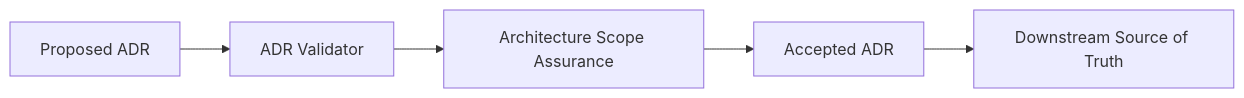
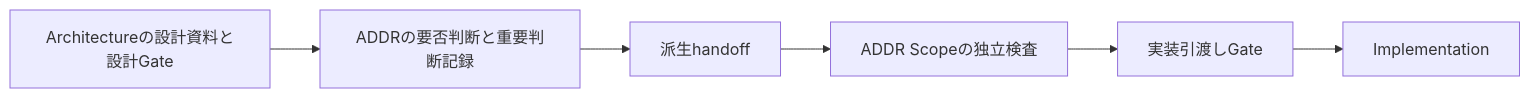
The fourth of 6 diagrams in README.md (shun-sa/ai-sdlc-copilot), drawn with Mermaid before and after one commit. The commit also changed other lines of this file and 16 other files, not shown here.

````diff
--- a/README.md
+++ b/README.md
@@ -164,10 +236,10 @@
 ```mermaid
 flowchart LR
-    P[Proposed ADR]
-    V[ADR Validator]
-    A[Architecture Scope Assurance]
-    AC[Accepted ADR]
-    D[Downstream Source of Truth]
-
-    P --> V --> A --> AC --> D
+    D[Architectureの設計資料と設計Gate]
+    A[ADDRの要否判断と重要判断記録]
+    H[派生handoff]
+    V[ADDR Scopeの独立検査]
+    G[実装引渡しGate]
+    I[Implementation]
+    D --> A --> H --> V --> G --> I
 ```
````
